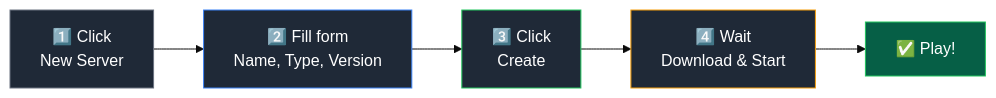
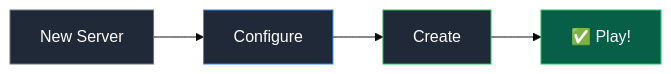
One commit to Ketbome/minepanel changed the second of 2 diagrams in doc/getting-started.md. Above: the diagram before and after it, drawn with Mermaid (base theme). The commit also changed other lines of this file and 10 other files, not shown here.

````diff
--- a/doc/getting-started.md
+++ b/doc/getting-started.md
@@ -128,13 +52,8 @@
 ```mermaid
 flowchart LR
-    A["1️⃣ Click<br/>New Server"] --> B["2️⃣ Fill form<br/>Name, Type, Version"]
-    B --> C["3️⃣ Click<br/>Create"]
-    C --> D["4️⃣ Wait<br/>Download & Start"]
-    D --> E["✅ Play!"]
-    
+    A["New Server"] --> B["Configure"] --> C["Create"] --> D["✅ Play!"]
     style A fill:#1f2937,stroke:#6b7280,color:#fff
     style B fill:#1f2937,stroke:#3b82f6,color:#fff
     style C fill:#1f2937,stroke:#22c55e,color:#fff
-    style D fill:#1f2937,stroke:#f59e0b,color:#fff
-    style E fill:#065f46,stroke:#22c55e,color:#fff
+    style D fill:#065f46,stroke:#22c55e,color:#fff
 ```
````
